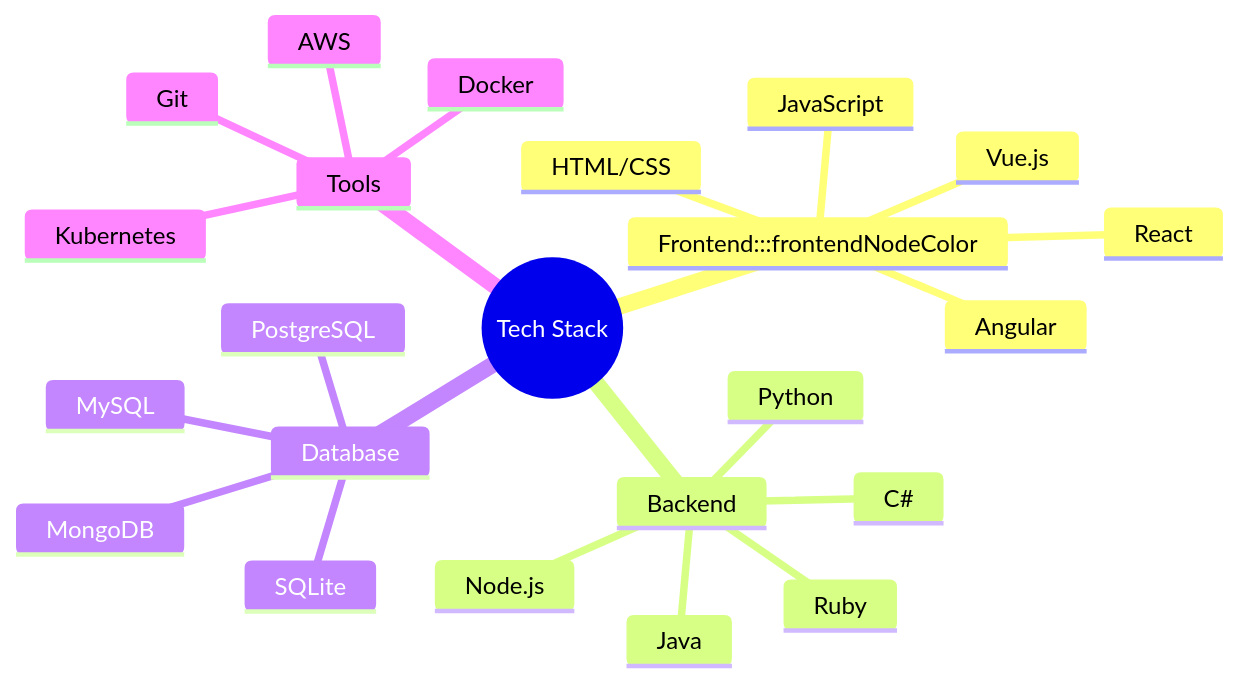
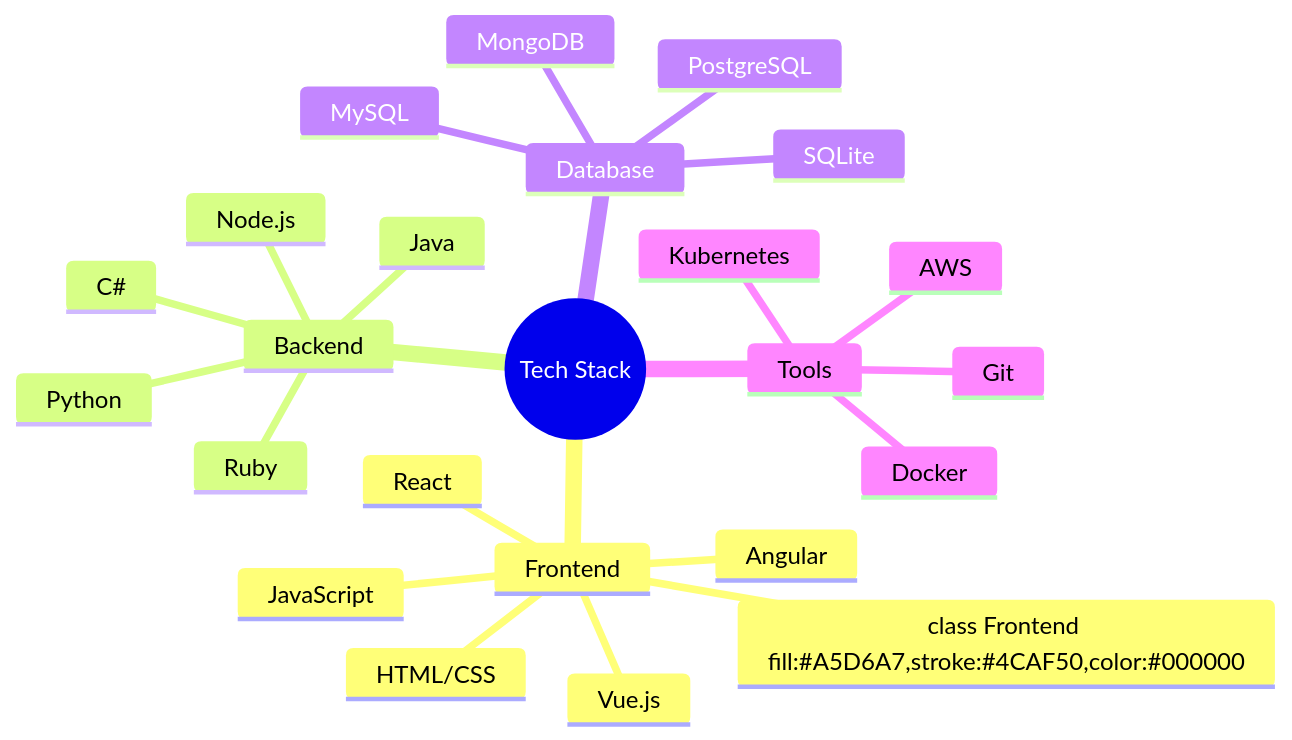
The first of 3 diagrams in README.md (udithanayanajith/udithanayanajith), drawn with Mermaid before and after one commit.

````diff
--- a/README.md
+++ b/README.md
@@ -12,44 +12,43 @@
 ```mermaid
 %%{init: {'theme': 'base', 'themeVariables': { 
   'fontSize': '16px', 
   'primaryColor': '#2196F3', 
   'secondaryColor': '#FFEB3B', 
   'tertiaryColor': '#FF5722', 
   'edgeLabelBackground': '#ffffff', 
   'primaryTextColor': '#FFFFFF', 
   'secondaryTextColor': '#000000', 
   'tertiaryTextColor': '#FFFFFF', 
   'nodeBorder': '2px solid #FFEB3B', 
   'nodeTextColor': '#FFFFFF', 
   'linkColor': '#4CAF50',
-  'nodeShape': 'circle',  %% Frontend nodes are circles
-  'backendNodeShape': 'rect', %% Backend nodes are rectangles
   'backgroundColor': '#F5F5F5', %% Light gray background
-  'frontendNodeColor': '#A5D6A7', %% Light green color for Frontend node
 }}}%%
 mindmap
   root((Tech Stack))
-    Frontend:::frontendNodeColor
+    Frontend
+      class Frontend fill:#A5D6A7,stroke:#4CAF50,color:#000000
       HTML/CSS
       JavaScript
       React
       Angular
       Vue.js
     Backend
       Node.js
       Python
       Java
       C#
       Ruby
     Database
       MongoDB
       MySQL
       PostgreSQL
       SQLite
     Tools
       Git
       Docker
       AWS
       Kubernetes
 
+
 ```
````
